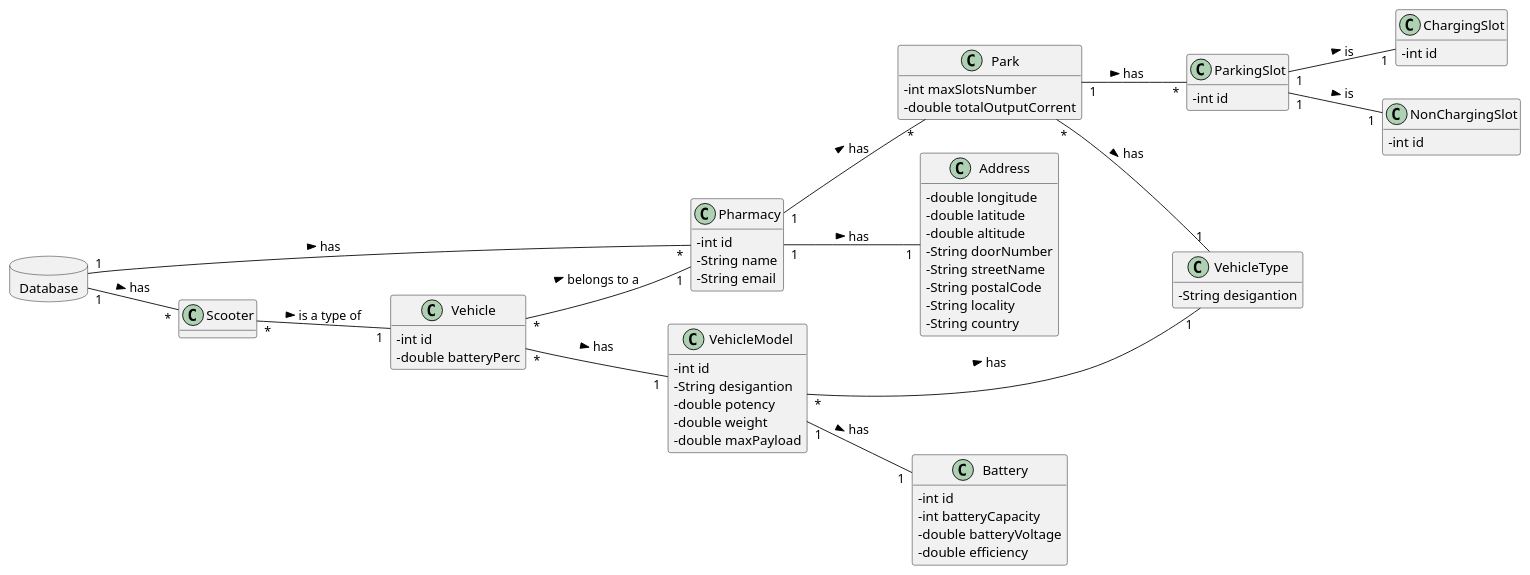
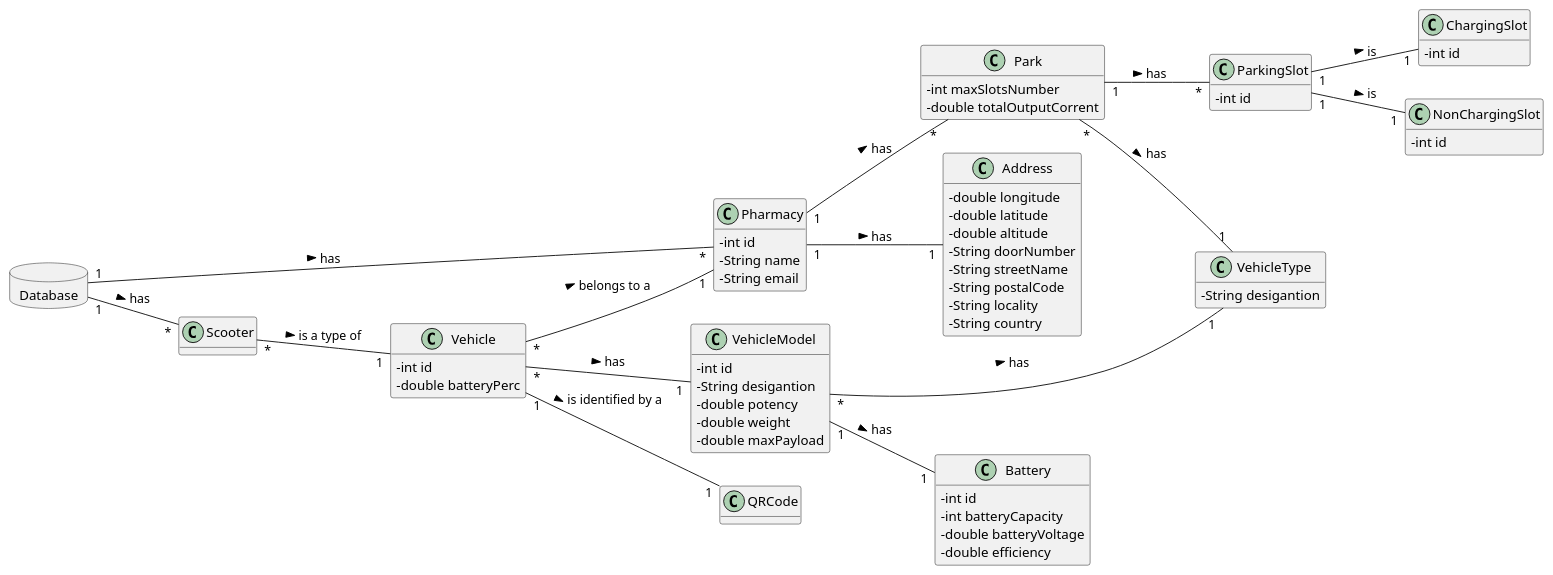
The diagram in docs/Iteration 3/Scooter Management/Refinement/US22_RemoveScooter/US22_DM.puml (tiagoavcosta25/LAPR3), drawn with PlantUML before and after one commit. The commit also changed 35 other files, not shown here.

```diff
--- a/docs/Iteration 3/Scooter Management/Refinement/US22_RemoveScooter/US22_DM.puml
+++ b/docs/Iteration 3/Scooter Management/Refinement/US22_RemoveScooter/US22_DM.puml
@@ -1,85 +1,88 @@
 @startuml
 skinparam classAttributeIconSize 0
 hide methods
 left to right direction
 
 database Database {
 }
 
 class Pharmacy {
   -int id
   -String name
 -   String email
 }
 
 class Park{
 -   int maxSlotsNumber
 -   double totalOutputCorrent
 }
 
 class ChargingSlot{
 -   int id
 }
 
 class NonChargingSlot{
 -   int id
 }
 
 class ParkingSlot{
 -   int id
 }
 
 class Scooter{
 }
 
 class VehicleModel{
   -int id
   -String desigantion
   -double potency
   -double weight
   -double maxPayload
 }
 
 class VehicleType{
   -String desigantion
 }
 
 class Vehicle{
   -int id
   -double batteryPerc
 }
 
 class Battery{
   -int id
   -int batteryCapacity
   -double batteryVoltage
   -double efficiency
 }
 
 class Address{
   -double longitude
   -double latitude
   -double altitude
   -String doorNumber
   -String streetName
   -String postalCode
   -String locality
   -String country
 }
 
+class QRCode{
+}
 
 
 Database "1" -- "*" Pharmacy : has >
 Database "1" -- "*" Scooter : has >
 Scooter "*" -- "1" Vehicle : is a type of >
 Vehicle "*" -- "1" VehicleModel : has >
 Vehicle "*" -- "1" Pharmacy : belongs to a >
+Vehicle "1" -- "1" QRCode : is identified by a >
 Pharmacy "1" -- "1" Address : has >
 Pharmacy "1" -- "*" Park : has >
 Park "*" -- "1" VehicleType : has >
 Park "1" -- "*" ParkingSlot : has >
 ParkingSlot "1" -- "1" ChargingSlot : is >
 ParkingSlot "1" -- "1" NonChargingSlot : is >
 VehicleModel "1" -- "1" Battery : has >
 VehicleModel "*" -- "1" VehicleType : has >
 @enduml
```
